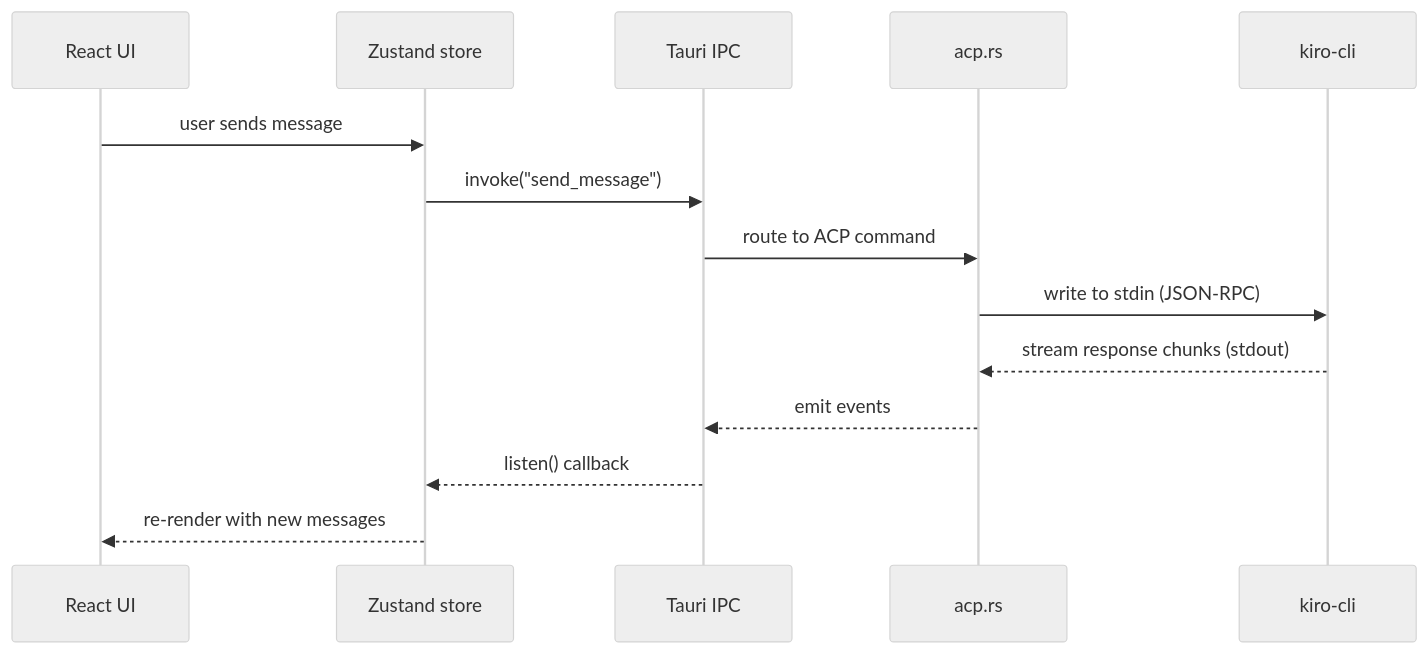
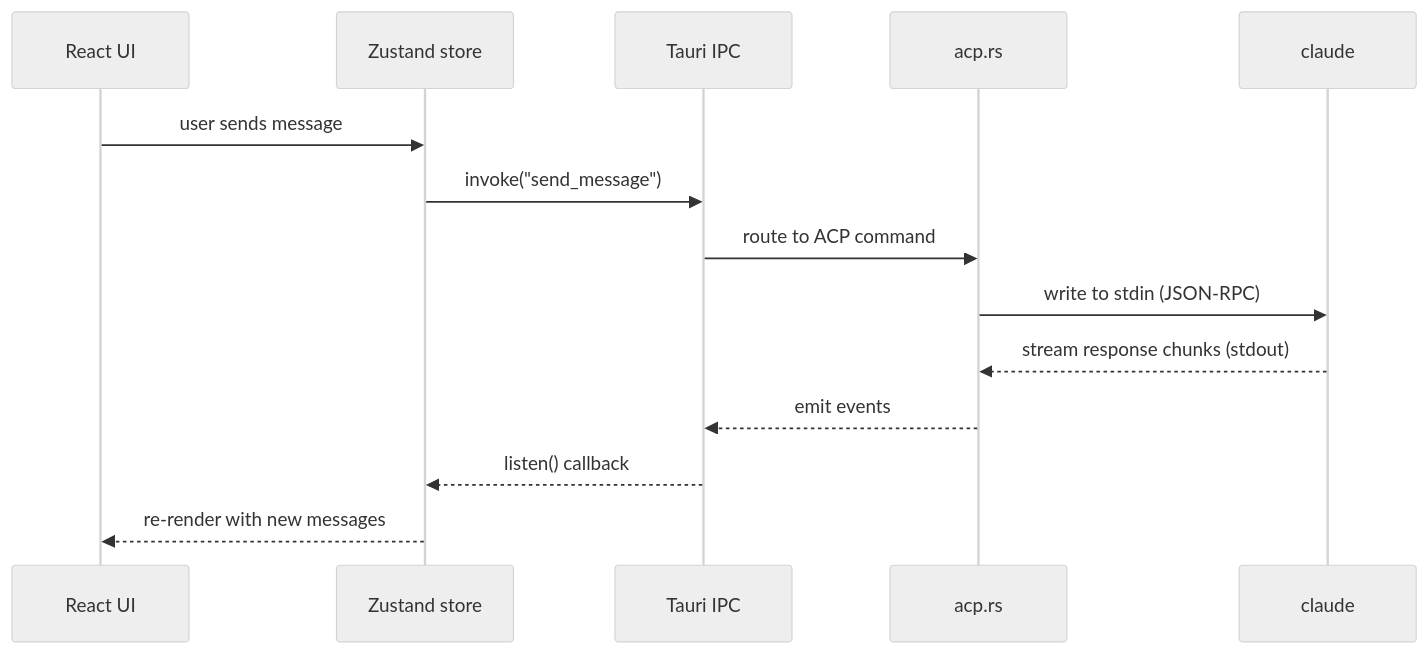
Before and after one commit to thabti/Klaudex: the second of 2 diagrams in docs/architecture.md, drawn with Mermaid (neutral theme). The commit also changed other lines of this file and 10 other files, not shown here.

````diff
--- a/docs/architecture.md
+++ b/docs/architecture.md
@@ -41,17 +41,17 @@
 ```mermaid
 sequenceDiagram
   participant UI as React UI
   participant Store as Zustand store
   participant IPC as Tauri IPC
   participant ACP as acp.rs
-  participant CLI as kiro-cli
+  participant CLI as claude
 
   UI->>Store: user sends message
   Store->>IPC: invoke("send_message")
   IPC->>ACP: route to ACP command
   ACP->>CLI: write to stdin (JSON-RPC)
   CLI-->>ACP: stream response chunks (stdout)
   ACP-->>IPC: emit events
   IPC-->>Store: listen() callback
   Store-->>UI: re-render with new messages
 ```
````
